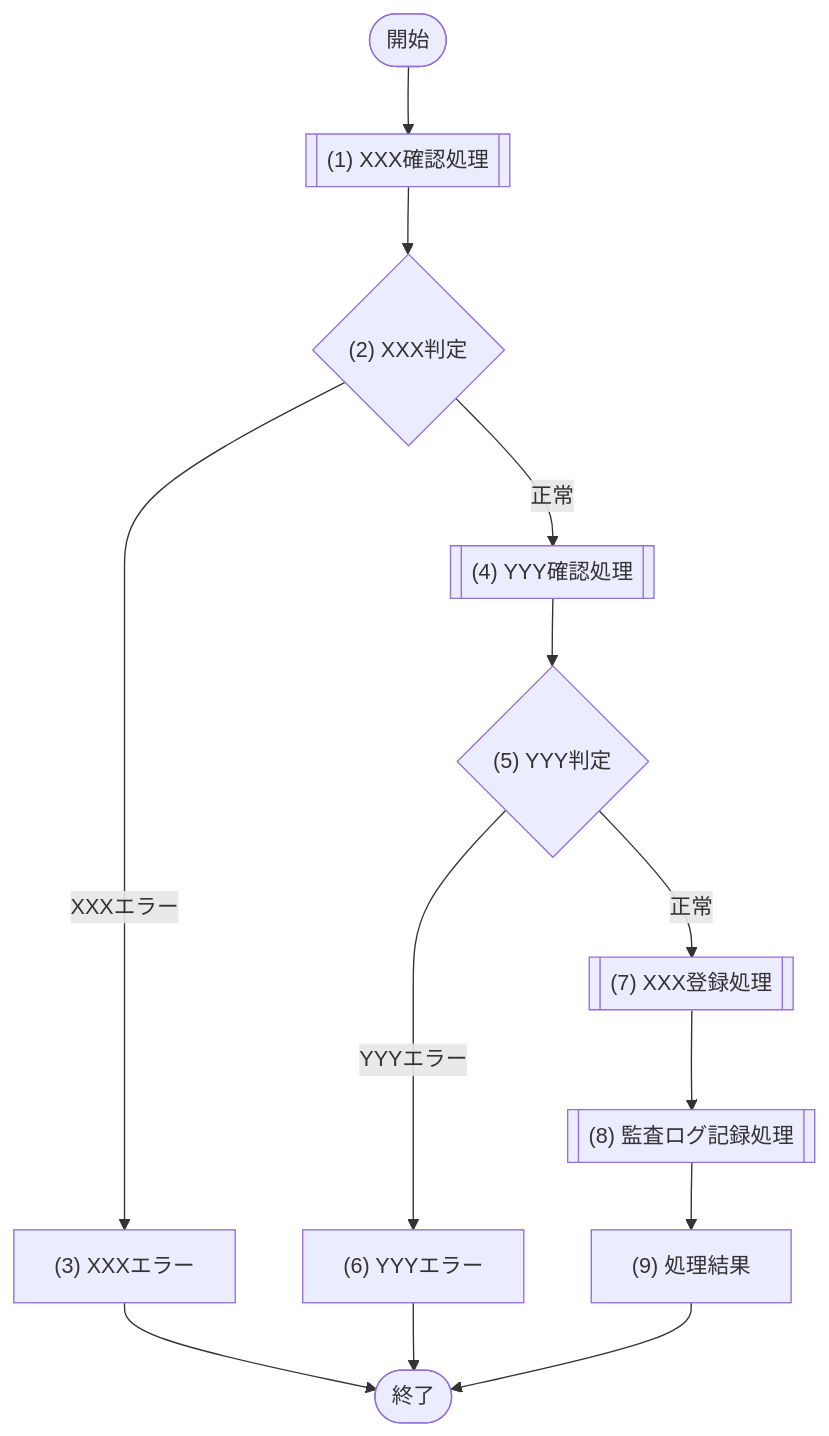
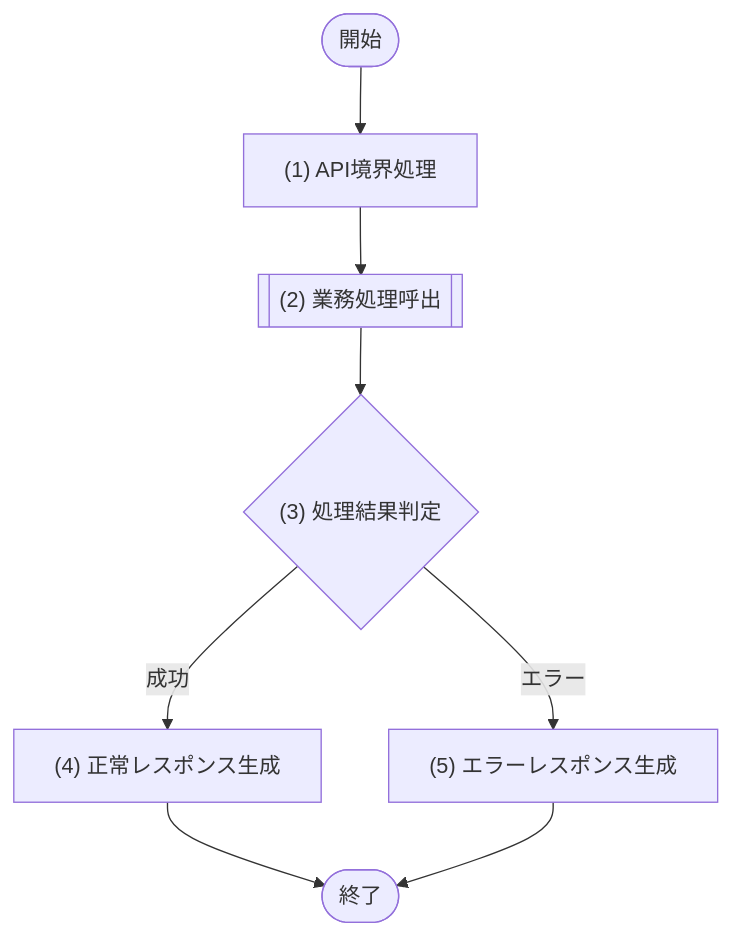
One commit to sikakou54/system-document-template changed the diagram in 統合設計書/テンプレート/05_API設計.md. Above: the diagram before and after it, drawn with Mermaid. The commit also changed other lines of this file and 40 other files, not shown here.

````diff
--- a/統合設計書/テンプレート/05_API設計.md
+++ b/統合設計書/テンプレート/05_API設計.md
@@ -196,20 +177,14 @@
 ```mermaid
 flowchart TD
   Start([開始])
-  P1[["(1) XXX確認処理"]]
-  D1{"(2) XXX判定"}
-  E1["(3) XXXエラー"]
-  P2[["(4) YYY確認処理"]]
-  D2{"(5) YYY判定"}
-  E2["(6) YYYエラー"]
-  P3[["(7) XXX登録処理"]]
-  P4[["(8) 監査ログ記録処理"]]
-  P5["(9) 処理結果"]
+  P1["(1) API境界処理"]
+  P2[["(2) 業務処理呼出"]]
+  D1{"(3) 処理結果判定"}
+  P3["(4) 正常レスポンス生成"]
+  E1["(5) エラーレスポンス生成"]
   End([終了])
 
-  Start --> P1 --> D1
-  D1 -- "XXXエラー" --> E1 --> End
-  D1 -- "正常" --> P2 --> D2
-  D2 -- "YYYエラー" --> E2 --> End
-  D2 -- "正常" --> P3 --> P4 --> P5 --> End
+  Start --> P1 --> P2 --> D1
+  D1 -- "成功" --> P3 --> End
+  D1 -- "エラー" --> E1 --> End
 ```
````
